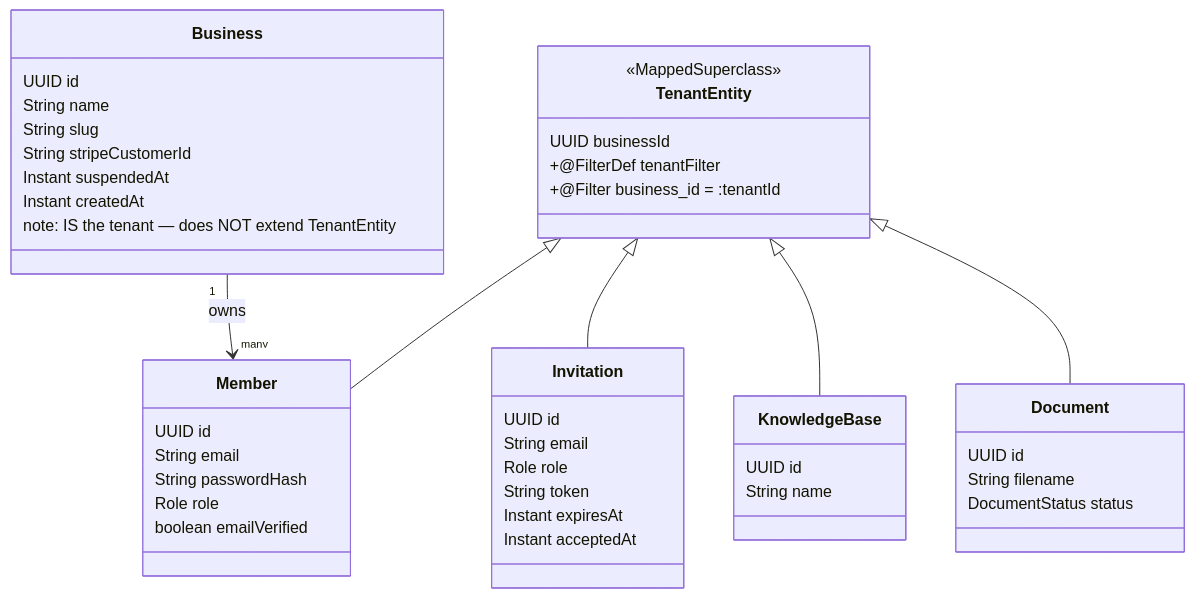
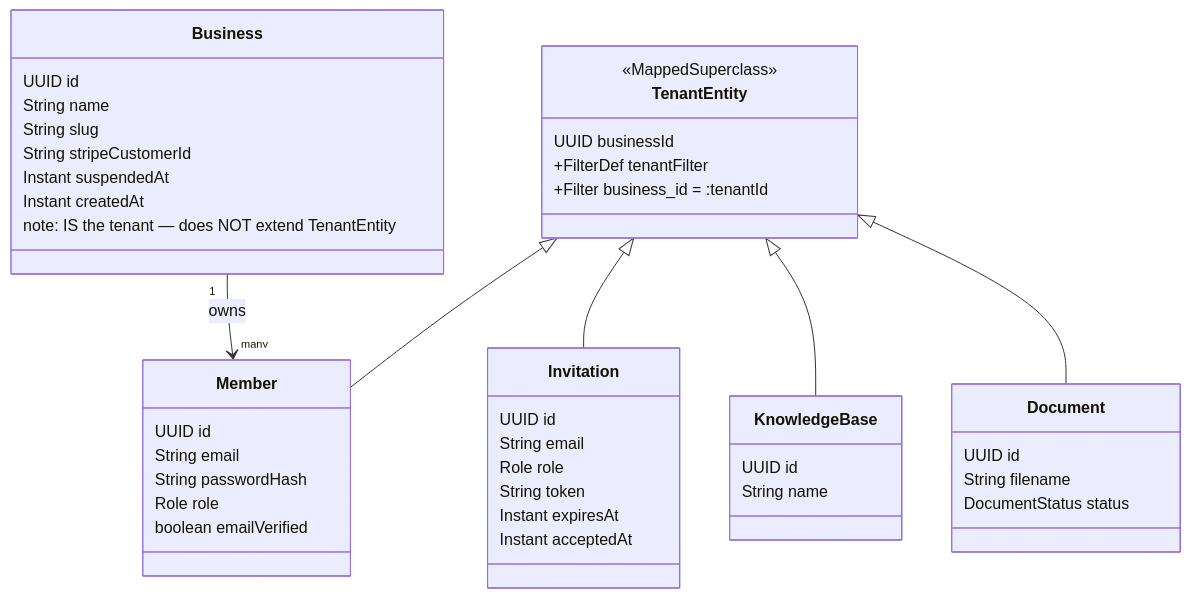
The sixth of 8 diagrams in docs/architecture/MULTI_TENANCY.md (leonard-garden/spring-saas-support-ai), drawn with Mermaid before and after one commit. The commit also changed other lines of this file, not shown here.

Commit message:
fix(docs): remove @ symbols from Mermaid diagram labels

````diff
--- a/docs/architecture/MULTI_TENANCY.md
+++ b/docs/architecture/MULTI_TENANCY.md
@@ -197,53 +197,53 @@
 ```mermaid
 classDiagram
     class TenantEntity {
         <<MappedSuperclass>>
         UUID businessId
-        +@FilterDef tenantFilter
-        +@Filter business_id = :tenantId
+        +FilterDef tenantFilter
+        +Filter business_id = :tenantId
     }
 
     class Business {
         UUID id
         String name
         String slug
         String stripeCustomerId
         Instant suspendedAt
         Instant createdAt
         note: IS the tenant — does NOT extend TenantEntity
     }
 
     class Member {
         UUID id
         String email
         String passwordHash
         Role role
         boolean emailVerified
     }
 
     class Invitation {
         UUID id
         String email
         Role role
         String token
         Instant expiresAt
         Instant acceptedAt
     }
 
     class KnowledgeBase {
         UUID id
         String name
     }
 
     class Document {
         UUID id
         String filename
         DocumentStatus status
     }
 
     TenantEntity <|-- Member
     TenantEntity <|-- Invitation
     TenantEntity <|-- KnowledgeBase
     TenantEntity <|-- Document
     Business "1" --> "many" Member : owns
 ```
````
